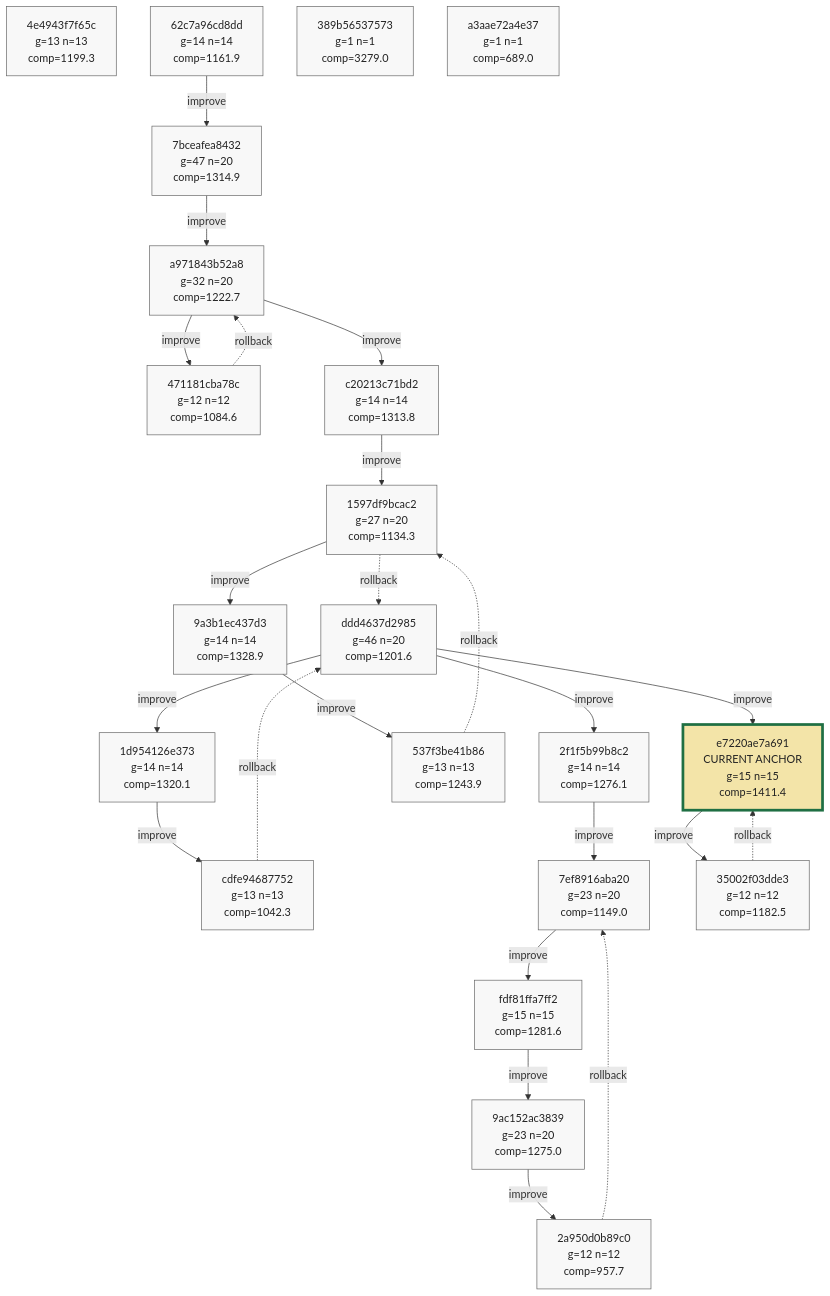
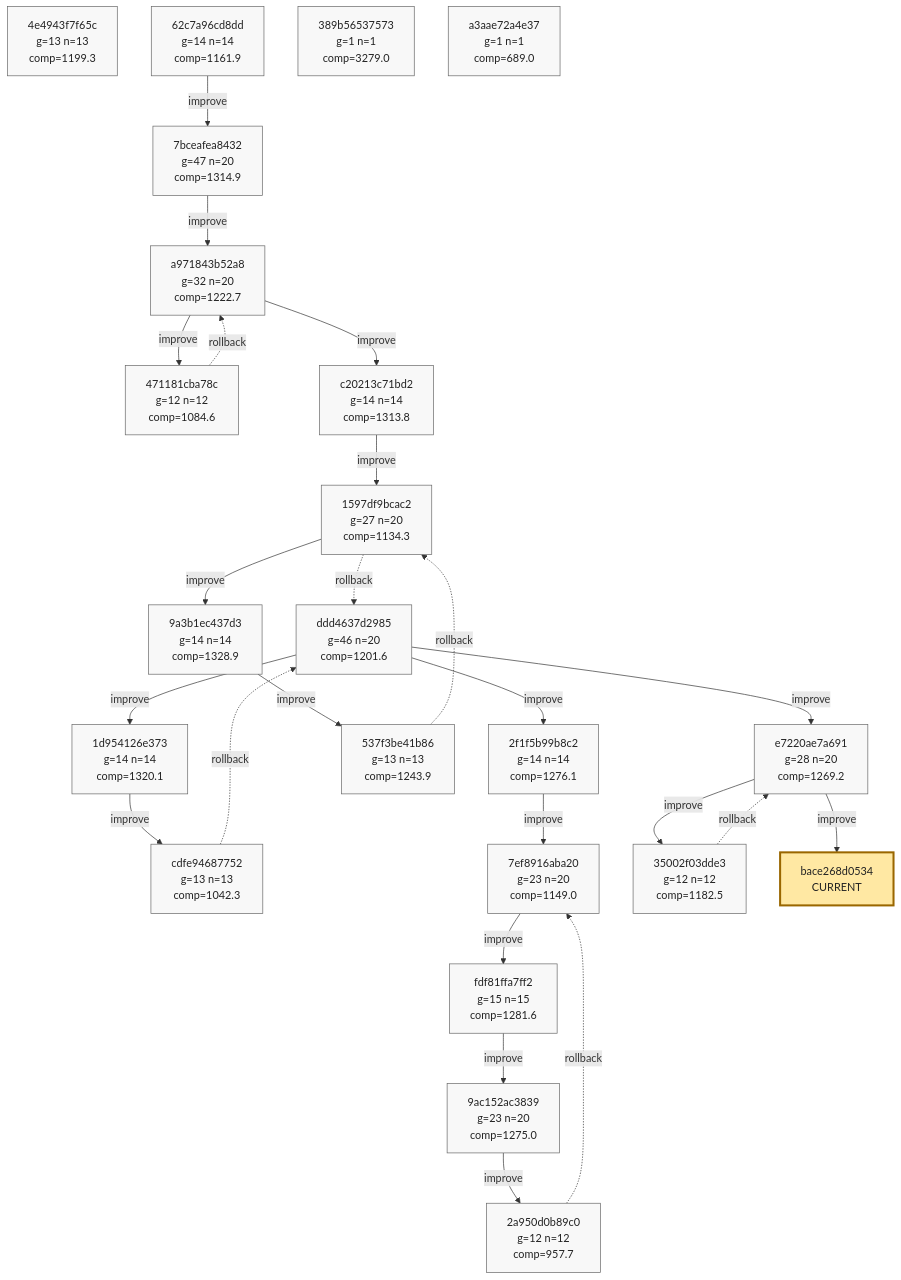
Before and after one commit to azumag/soviet_now: the ninth of 9 diagrams in phyrogenetic-tree.md, drawn with Mermaid. The commit also changed other lines of this file and 2 other files, not shown here.

Commit message:
eloop Improve after 12 games (scores: 1303 1236 991 1511 2035 4690 871 2187 1804 875 1796 1205)

````diff
--- a/phyrogenetic-tree.md
+++ b/phyrogenetic-tree.md
@@ -2229,74 +2229,77 @@
 ```mermaid
 flowchart TD
     h_4e4943f7f65c["4e4943f7f65c<br/>g=13 n=13<br/>comp=1199.3"]
     h_ddd4637d2985["ddd4637d2985<br/>g=46 n=20<br/>comp=1201.6"]
     h_1d954126e373["1d954126e373<br/>g=14 n=14<br/>comp=1320.1"]
     h_cdfe94687752["cdfe94687752<br/>g=13 n=13<br/>comp=1042.3"]
     h_2f1f5b99b8c2["2f1f5b99b8c2<br/>g=14 n=14<br/>comp=1276.1"]
     h_7ef8916aba20["7ef8916aba20<br/>g=23 n=20<br/>comp=1149.0"]
     h_fdf81ffa7ff2["fdf81ffa7ff2<br/>g=15 n=15<br/>comp=1281.6"]
     h_9ac152ac3839["9ac152ac3839<br/>g=23 n=20<br/>comp=1275.0"]
     h_2a950d0b89c0["2a950d0b89c0<br/>g=12 n=12<br/>comp=957.7"]
     h_62c7a96cd8dd["62c7a96cd8dd<br/>g=14 n=14<br/>comp=1161.9"]
     h_7bceafea8432["7bceafea8432<br/>g=47 n=20<br/>comp=1314.9"]
     h_a971843b52a8["a971843b52a8<br/>g=32 n=20<br/>comp=1222.7"]
     h_471181cba78c["471181cba78c<br/>g=12 n=12<br/>comp=1084.6"]
     h_c20213c71bd2["c20213c71bd2<br/>g=14 n=14<br/>comp=1313.8"]
     h_1597df9bcac2["1597df9bcac2<br/>g=27 n=20<br/>comp=1134.3"]
     h_9a3b1ec437d3["9a3b1ec437d3<br/>g=14 n=14<br/>comp=1328.9"]
     h_537f3be41b86["537f3be41b86<br/>g=13 n=13<br/>comp=1243.9"]
-    h_e7220ae7a691["e7220ae7a691<br/>CURRENT ANCHOR<br/>g=15 n=15<br/>comp=1411.4"]
+    h_e7220ae7a691["e7220ae7a691<br/>g=28 n=20<br/>comp=1269.2"]
     h_35002f03dde3["35002f03dde3<br/>g=12 n=12<br/>comp=1182.5"]
     h_389b56537573["389b56537573<br/>g=1 n=1<br/>comp=3279.0"]
     h_a3aae72a4e37["a3aae72a4e37<br/>g=1 n=1<br/>comp=689.0"]
+    h_bace268d0534["bace268d0534<br/>CURRENT"]
 
     h_ddd4637d2985 -->|improve| h_1d954126e373
     h_1d954126e373 -->|improve| h_cdfe94687752
     h_cdfe94687752 -. rollback .-> h_ddd4637d2985
     h_ddd4637d2985 -->|improve| h_2f1f5b99b8c2
     h_2f1f5b99b8c2 -->|improve| h_7ef8916aba20
     h_7ef8916aba20 -->|improve| h_fdf81ffa7ff2
     h_fdf81ffa7ff2 -->|improve| h_9ac152ac3839
     h_9ac152ac3839 -->|improve| h_2a950d0b89c0
     h_2a950d0b89c0 -. rollback .-> h_7ef8916aba20
     h_62c7a96cd8dd -->|improve| h_7bceafea8432
     h_7bceafea8432 -->|improve| h_a971843b52a8
     h_a971843b52a8 -->|improve| h_471181cba78c
     h_471181cba78c -. rollback .-> h_a971843b52a8
     h_a971843b52a8 -->|improve| h_c20213c71bd2
     h_c20213c71bd2 -->|improve| h_1597df9bcac2
     h_1597df9bcac2 -->|improve| h_9a3b1ec437d3
     h_9a3b1ec437d3 -->|improve| h_537f3be41b86
     h_537f3be41b86 -. rollback .-> h_1597df9bcac2
     h_1597df9bcac2 -. rollback .-> h_ddd4637d2985
     h_ddd4637d2985 -->|improve| h_e7220ae7a691
     h_e7220ae7a691 -->|improve| h_35002f03dde3
     h_35002f03dde3 -. rollback .-> h_e7220ae7a691
+    h_e7220ae7a691 -->|improve| h_bace268d0534
 
     classDef plain fill:#f8f8f8,stroke:#666,stroke-width:1px,color:#222;
     classDef current fill:#ffe8a3,stroke:#9a6700,stroke-width:3px,color:#222;
     classDef anchor fill:#d7f5dd,stroke:#1f6f43,stroke-width:3px,color:#222;
     classDef current_anchor fill:#f3e4a8,stroke:#1f6f43,stroke-width:4px,color:#222;
 
     class h_4e4943f7f65c plain;
     class h_ddd4637d2985 plain;
     class h_1d954126e373 plain;
     class h_cdfe94687752 plain;
     class h_2f1f5b99b8c2 plain;
     class h_7ef8916aba20 plain;
     class h_fdf81ffa7ff2 plain;
     class h_9ac152ac3839 plain;
     class h_2a950d0b89c0 plain;
     class h_62c7a96cd8dd plain;
     class h_7bceafea8432 plain;
     class h_a971843b52a8 plain;
     class h_471181cba78c plain;
     class h_c20213c71bd2 plain;
     class h_1597df9bcac2 plain;
     class h_9a3b1ec437d3 plain;
     class h_537f3be41b86 plain;
-    class h_e7220ae7a691 current_anchor;
+    class h_e7220ae7a691 plain;
     class h_35002f03dde3 plain;
     class h_389b56537573 plain;
     class h_a3aae72a4e37 plain;
+    class h_bace268d0534 current;
 ```
````
